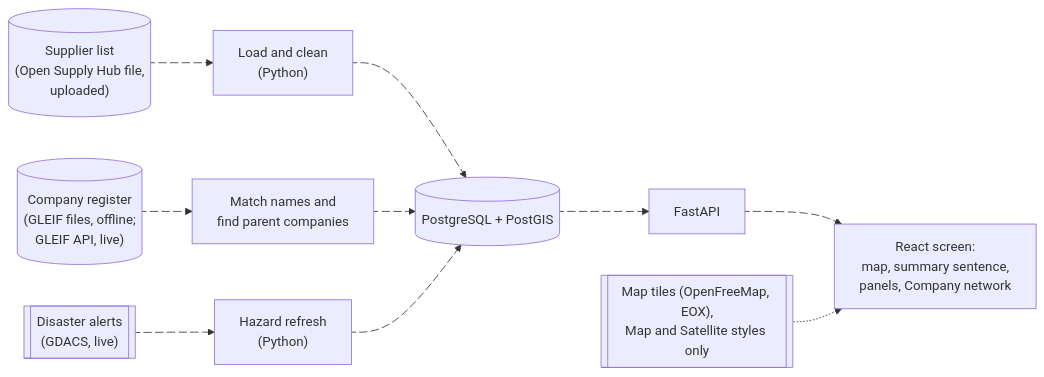
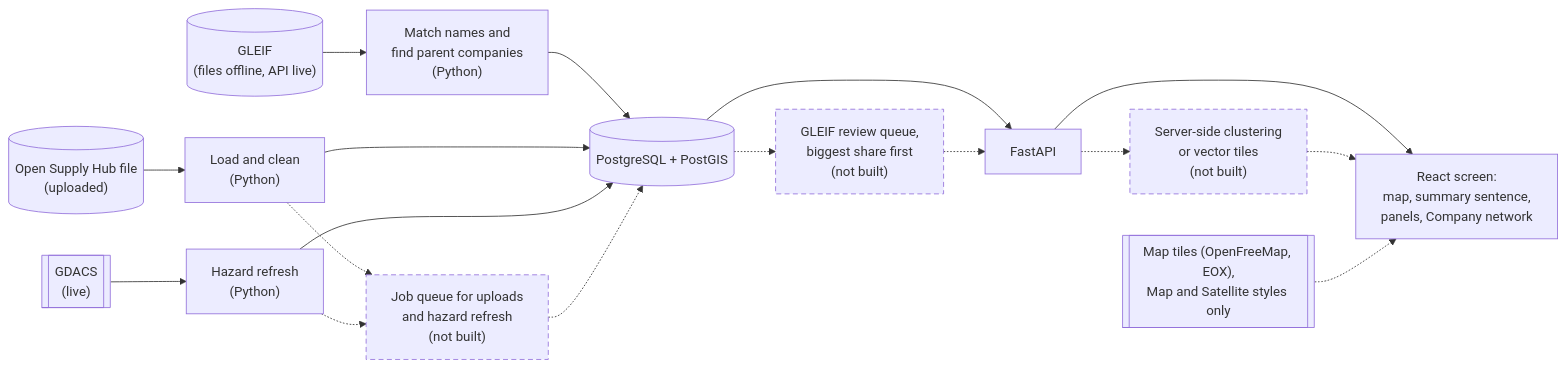
Before and after one commit to abhifourkites/geo-risk.ai: the first of 3 diagrams in docs/architecture/ARCHITECTURE.md, drawn with Mermaid. The commit also changed other lines of this file and 4 other files, not shown here.

First line of the commit message:
MDM-3: Restructure ARCHITECTURE; implementation rules move to docs/RULES.md

````diff
--- a/docs/architecture/ARCHITECTURE.md
+++ b/docs/architecture/ARCHITECTURE.md
@@ -9,20 +11,23 @@
 ```mermaid
 flowchart LR
-  osh[("Supplier list<br/>(Open Supply Hub file,<br/>uploaded)")] e1@--> load["Load and clean<br/>(Python)"]
-  gleif[("Company register<br/>(GLEIF files, offline;<br/>GLEIF API, live)")] e2@--> match["Match names and<br/>find parent companies"]
-  gdacs[["Disaster alerts<br/>(GDACS, live)"]] e3@--> refresh["Hazard refresh<br/>(Python)"]
-  load e4@--> db[("PostgreSQL + PostGIS")]
-  match e5@--> db
-  refresh e6@--> db
-  db e7@--> api["FastAPI"]
-  api e8@--> ui["React screen:<br/>map, summary sentence,<br/>panels, Company network"]
+  gleif[("GLEIF<br/>(files offline, API live)")] --> match["Match names and<br/>find parent companies<br/>(Python)"]
+  osh[("Open Supply Hub file<br/>(uploaded)")] --> load["Load and clean<br/>(Python)"]
+  gdacs[["GDACS<br/>(live)"]] --> refresh["Hazard refresh<br/>(Python)"]
+  match --> db[("PostgreSQL + PostGIS")]
+  load --> db
+  refresh --> db
+  queue["Job queue for uploads<br/>and hazard refresh<br/>(not built)"]:::nb
+  load -.-> queue
+  refresh -.-> queue
+  queue -.-> db
+  db --> api["FastAPI"]
+  review["GLEIF review queue,<br/>biggest share first<br/>(not built)"]:::nb
+  db -.-> review
+  review -.-> api
+  api --> ui["React screen:<br/>map, summary sentence,<br/>panels, Company network"]
+  clusters["Server-side clustering<br/>or vector tiles<br/>(not built)"]:::nb
+  api -.-> clusters
+  clusters -.-> ui
   tiles[["Map tiles (OpenFreeMap, EOX),<br/>Map and Satellite styles only"]] -.-> ui
-  e1@{ animate: true }
-  e2@{ animate: true }
-  e3@{ animate: true }
-  e4@{ animate: true }
-  e5@{ animate: true }
-  e6@{ animate: true }
-  e7@{ animate: true }
-  e8@{ animate: true }
+  classDef nb stroke-dasharray: 6 4
 ```
````
